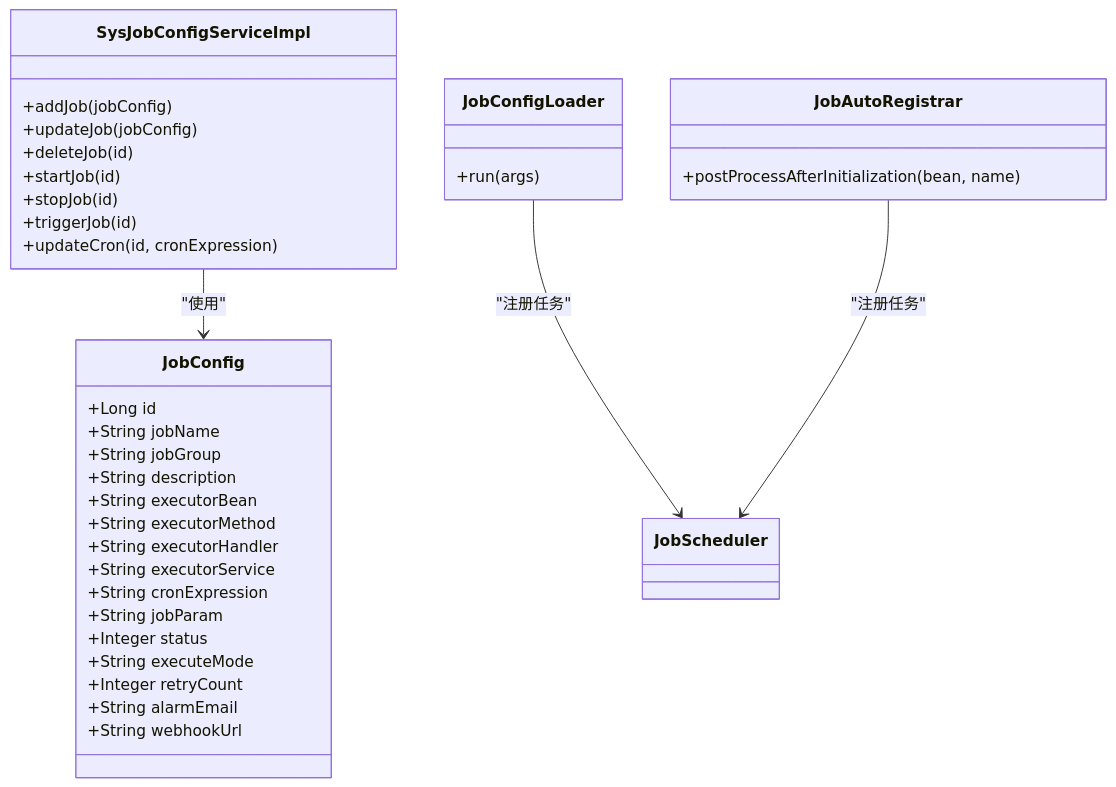
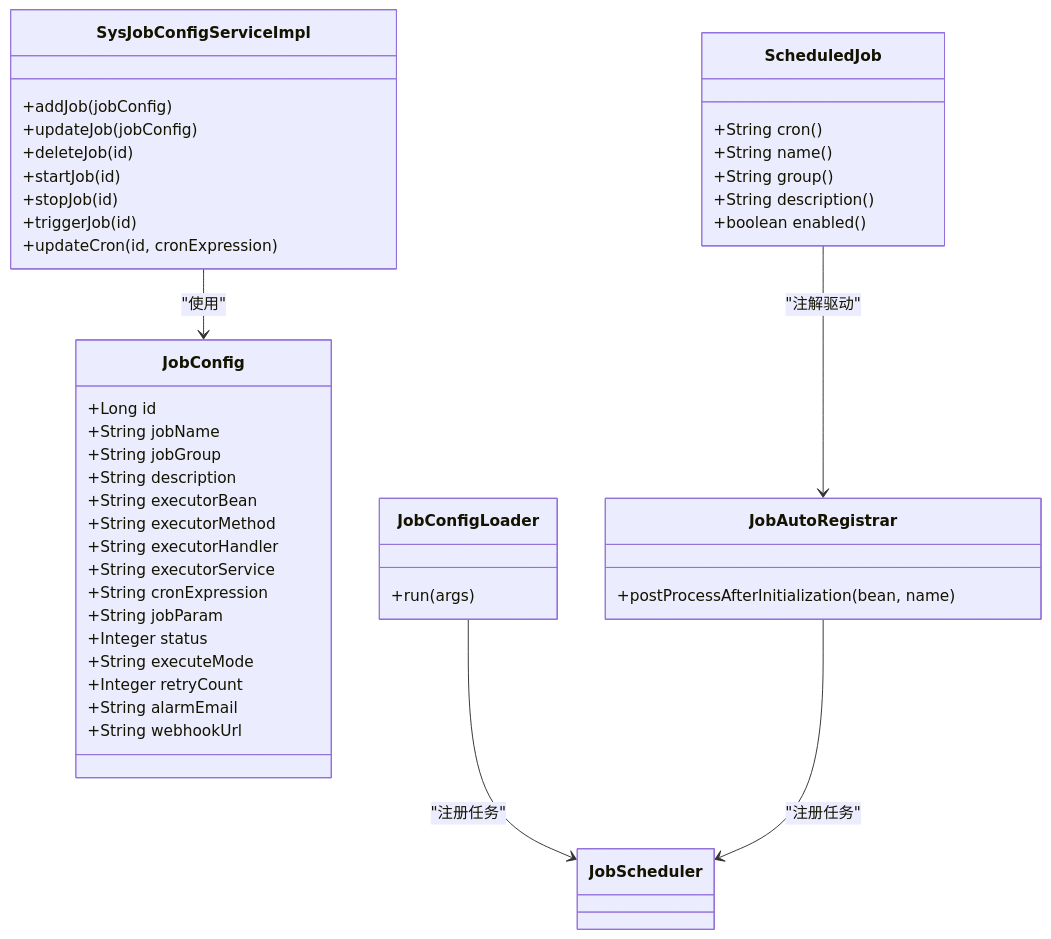
The fourth of 9 diagrams in .qoder/repowiki/zh/content/后端框架详解/任务调度模块/任务调度模块.md (yaomindong1996/forge-admin), drawn with Mermaid before and after one commit. The commit also changed other lines of this file and 76 other files, not shown here.

````diff
--- a/.qoder/repowiki/zh/content/后端框架详解/任务调度模块/任务调度模块.md
+++ b/.qoder/repowiki/zh/content/后端框架详解/任务调度模块/任务调度模块.md
@@ -150,38 +199,46 @@
 ```mermaid
 classDiagram
 class JobConfig {
 +Long id
 +String jobName
 +String jobGroup
 +String description
 +String executorBean
 +String executorMethod
 +String executorHandler
 +String executorService
 +String cronExpression
 +String jobParam
 +Integer status
 +String executeMode
 +Integer retryCount
 +String alarmEmail
 +String webhookUrl
 }
 class SysJobConfigServiceImpl {
 +addJob(jobConfig)
 +updateJob(jobConfig)
 +deleteJob(id)
 +startJob(id)
 +stopJob(id)
 +triggerJob(id)
 +updateCron(id, cronExpression)
 }
 class JobConfigLoader {
 +run(args)
 }
 class JobAutoRegistrar {
 +postProcessAfterInitialization(bean, name)
 }
+class ScheduledJob {
++String cron()
++String name()
++String group()
++String description()
++boolean enabled()
+}
 SysJobConfigServiceImpl --> JobConfig : "使用"
 JobConfigLoader --> JobScheduler : "注册任务"
 JobAutoRegistrar --> JobScheduler : "注册任务"
+ScheduledJob --> JobAutoRegistrar : "注解驱动"
 ```
````
